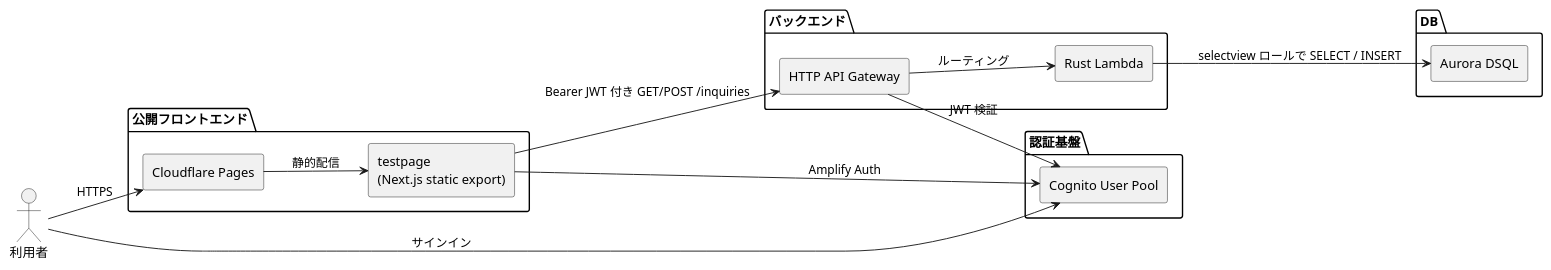
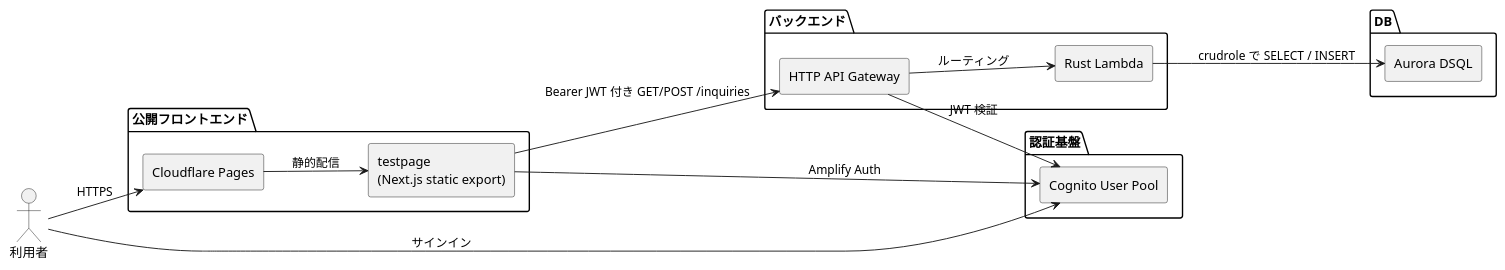
One commit to nishidemasami/nishidemasami.github.io-contactform changed the diagram in docs/FAQ.md. Above: the diagram before and after it, drawn with PlantUML. The commit also changed other lines of this file and 7 other files, not shown here.

````diff
--- a/docs/FAQ.md
+++ b/docs/FAQ.md
@@ -5,36 +5,37 @@
 ```plantuml
 @startuml
 left to right direction
 skinparam backgroundColor transparent
 skinparam defaultFontname Meiryo
 skinparam componentStyle rectangle
 
 actor 利用者 as User
 
 package "公開フロントエンド" {
   [Cloudflare Pages]
   [testpage\n(Next.js static export)]
 }
 
 package "認証基盤" {
   [Cognito User Pool]
 }
 
 package "バックエンド" {
   [HTTP API Gateway]
   [Rust Lambda]
 }
 
 package "DB" {
   [Aurora DSQL]
 }
 
 User --> "Cloudflare Pages" : HTTPS
 "Cloudflare Pages" --> "testpage\n(Next.js static export)" : 静的配信
 User --> "Cognito User Pool" : サインイン
 "testpage\n(Next.js static export)" --> "Cognito User Pool" : Amplify Auth
 "testpage\n(Next.js static export)" --> "HTTP API Gateway" : Bearer JWT 付き GET/POST /inquiries
 "HTTP API Gateway" --> "Cognito User Pool" : JWT 検証
 "HTTP API Gateway" --> "Rust Lambda" : ルーティング
-"Rust Lambda" --> "Aurora DSQL" : selectview ロールで SELECT / INSERT
+"Rust Lambda" --> "Aurora DSQL" : crudrole で SELECT / INSERT
+@enduml
 ```
````
